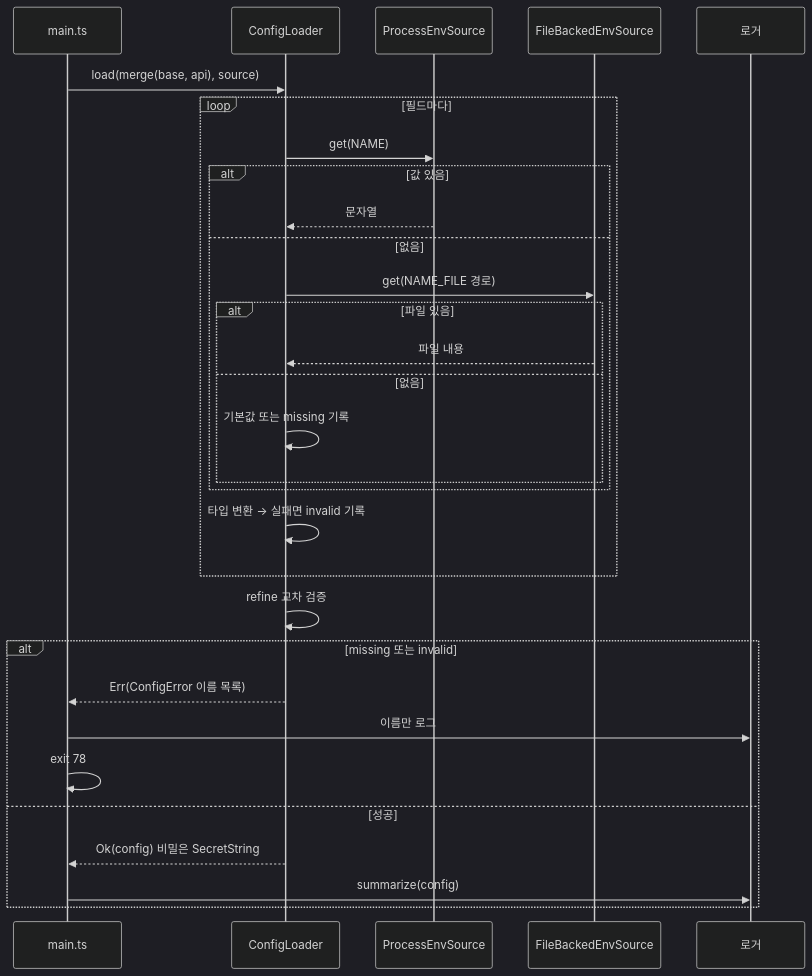
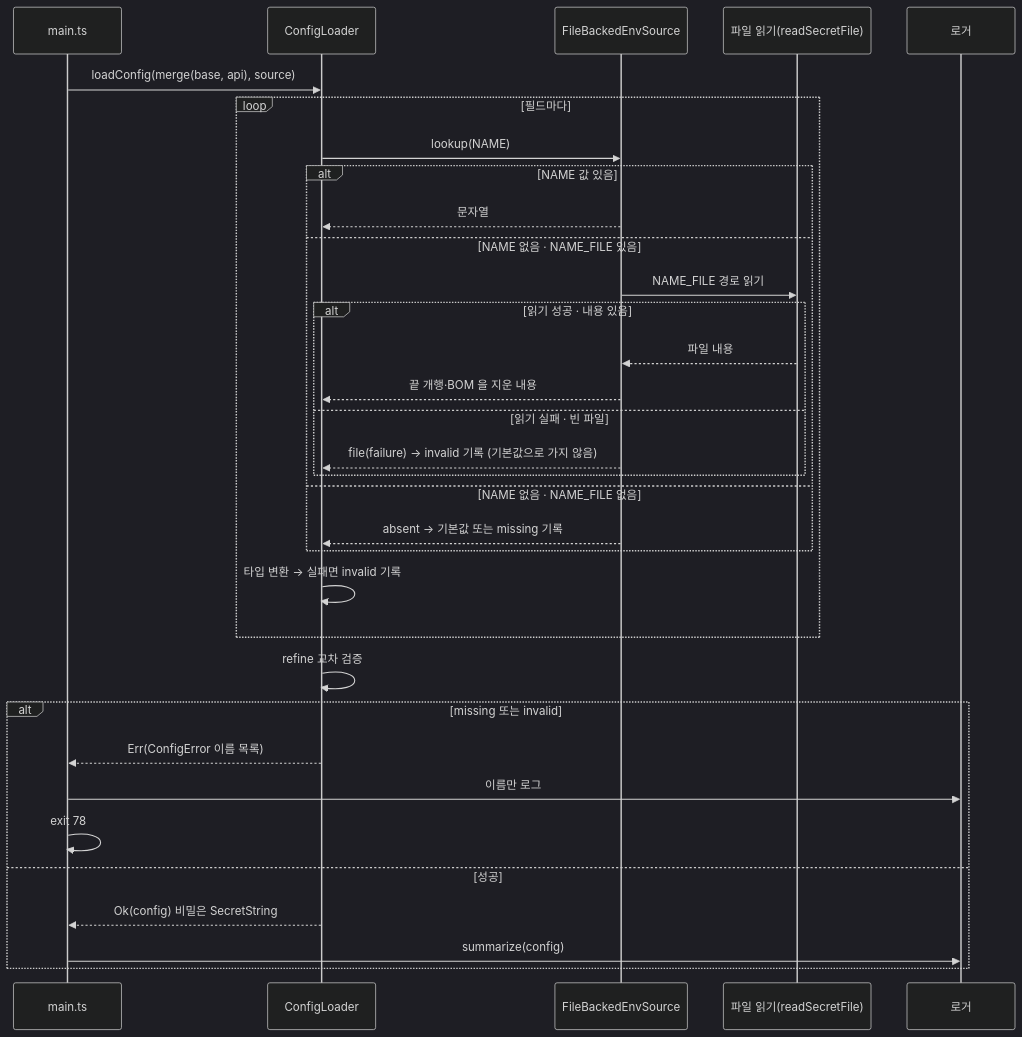
Diagram 15 of 33 in docs/design/features/16-cross-cutting.md (1985jwlee/portpolio_backend), drawn with Mermaid (dark theme) before and after one commit. The commit also changed other lines of this file and 29 other files, not shown here.

````diff
--- a/docs/design/features/16-cross-cutting.md
+++ b/docs/design/features/16-cross-cutting.md
@@ -865,32 +864,35 @@
 ```mermaid
 sequenceDiagram
     participant M as main.ts
     participant L as ConfigLoader
-    participant P as ProcessEnvSource
-    participant F as FileBackedEnvSource
+    participant P as FileBackedEnvSource
+    participant F as 파일 읽기(readSecretFile)
     participant G as 로거
-    M->>L: load(merge(base, api), source)
+    M->>L: loadConfig(merge(base, api), source)
     loop 필드마다
-        L->>P: get(NAME)
-        alt 값 있음
+        L->>P: lookup(NAME)
+        alt NAME 값 있음
             P-->>L: 문자열
-        else 없음
-            L->>F: get(NAME_FILE 경로)
-            alt 파일 있음
-                F-->>L: 파일 내용
-            else 없음
-                L->>L: 기본값 또는 missing 기록
+        else NAME 없음 · NAME_FILE 있음
+            P->>F: NAME_FILE 경로 읽기
+            alt 읽기 성공 · 내용 있음
+                F-->>P: 파일 내용
+                P-->>L: 끝 개행·BOM 을 지운 내용
+            else 읽기 실패 · 빈 파일
+                P-->>L: file(failure) → invalid 기록 (기본값으로 가지 않음)
             end
+        else NAME 없음 · NAME_FILE 없음
+            P-->>L: absent → 기본값 또는 missing 기록
         end
         L->>L: 타입 변환 → 실패면 invalid 기록
     end
     L->>L: refine 교차 검증
     alt missing 또는 invalid
         L-->>M: Err(ConfigError 이름 목록)
         M->>G: 이름만 로그
         M->>M: exit 78
     else 성공
         L-->>M: Ok(config) 비밀은 SecretString
         M->>G: summarize(config)
     end
 ```
````
